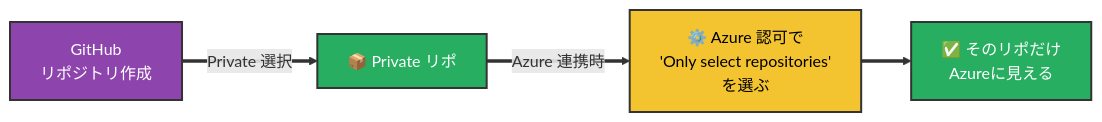
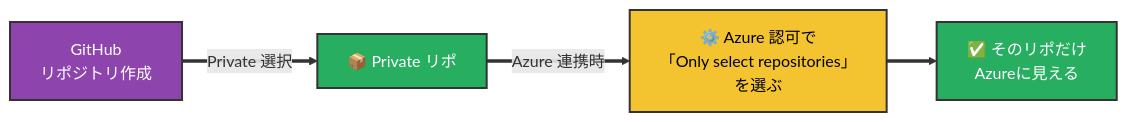
One commit to kasuyaofcb/tech_docs changed diagram 22 of 29 in azure/azure.md. Above: the diagram before and after it, drawn with Mermaid. The commit also changed other lines of this file, not shown here.

First line of the commit message:
docs(azure): 個人情報を汎用例に置換し、§9/§10/§11/§13の説明精度を改善

````diff
--- a/azure/azure.md
+++ b/azure/azure.md
@@ -604,11 +604,11 @@
 ```mermaid
 flowchart LR
     G["GitHub<br/>リポジトリ作成"] ==>|"Private 選択"| R["📦 Private リポ"]
-    R ==>|"Azure 連携時"| A["⚙️ Azure 認可で<br/>'Only select repositories'<br/>を選ぶ"]
-    A ==> S["✅ そのリポだけ<br/>Azureに見える"]
+    R ==>|"Azure 連携時"| AC["⚙️ Azure 認可で<br/>「Only select repositories」<br/>を選ぶ"]
+    AC ==> S["✅ そのリポだけ<br/>Azureに見える"]
 
     style G fill:#8E44AD,color:#FFFFFF,stroke:#333,stroke-width:2px
     style R fill:#27AE60,color:#FFFFFF,stroke:#333,stroke-width:2px
-    style A fill:#F4C430,color:#000,stroke:#333,stroke-width:2px
+    style AC fill:#F4C430,color:#000,stroke:#333,stroke-width:2px
     style S fill:#27AE60,color:#FFFFFF,stroke:#333,stroke-width:2px
 ```
````
